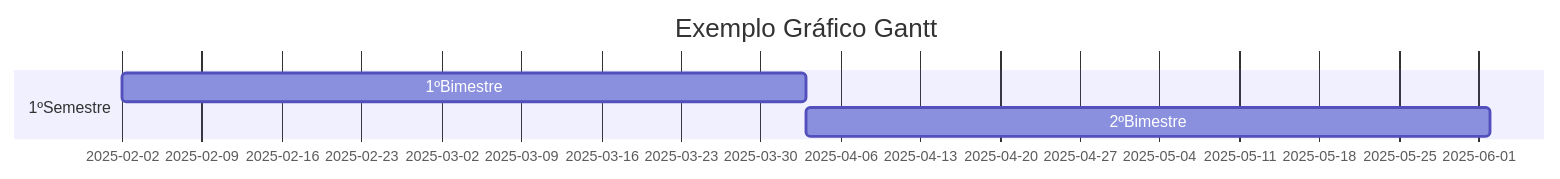
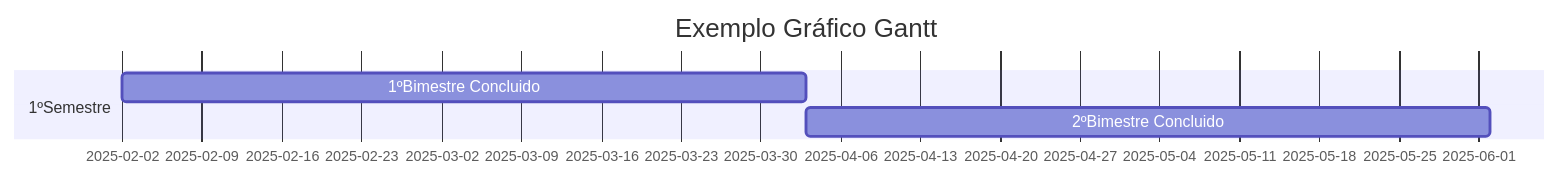
The third of 3 diagrams in README.md (LucasBParada/dw3-grafico-g), drawn with Mermaid before and after one commit.

````diff
--- a/README.md
+++ b/README.md
@@ -20,9 +20,9 @@
 ```mermaid
 gantt
 title Exemplo Gráfico Gantt
 dateFormat YYYY-MM-DD
 section 1ºSemestre
-1ºBimestre :a1, 2025-02-02, 60d
-2ºBimestre :a2,after a1, 60d
+1ºBimestre Concluido:a1, 2025-02-02, 60d
+2ºBimestre Concluido:a2,after a1, 60d
 section 2ºSemestre
 ```
````
